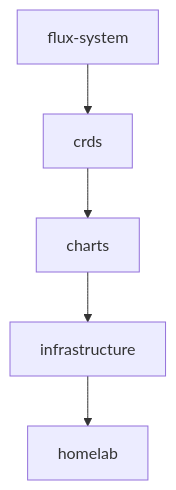
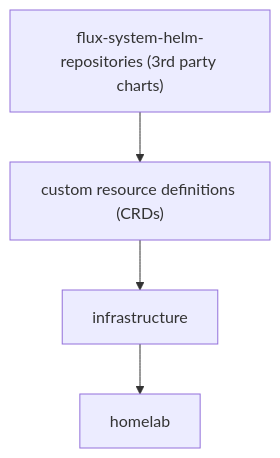
The diagram in clusters/homelab/README.md (loganmarchione/k8s_homelab), drawn with Mermaid before and after one commit.

````diff
--- a/clusters/homelab/README.md
+++ b/clusters/homelab/README.md
@@ -3,7 +3,6 @@
 ```mermaid
 flowchart TD;
-    flux-system-->crds;
-    crds-->charts;
-    charts-->infrastructure;
-    infrastructure-->homelab;
+    A["flux-system-helm-repositories (3rd party charts)"]-->B["custom resource definitions (CRDs)"];
+    B-->C[infrastructure];
+    C-->D[homelab];
 ```
````
